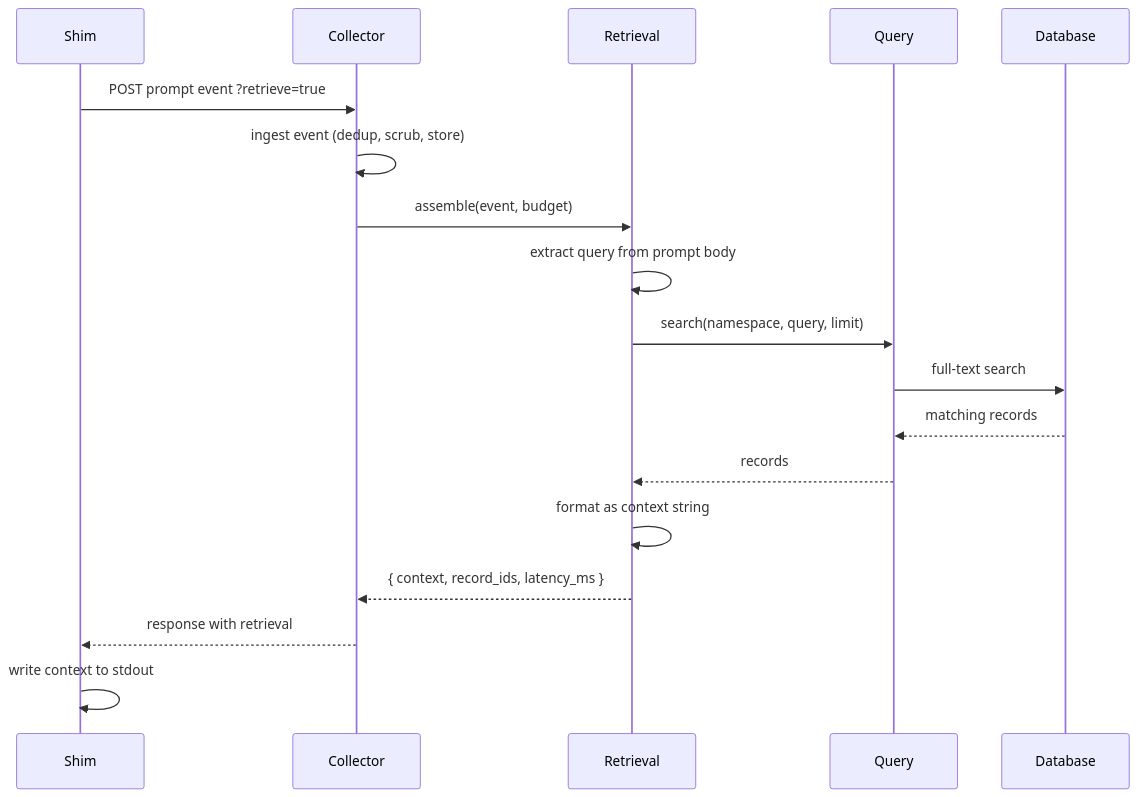
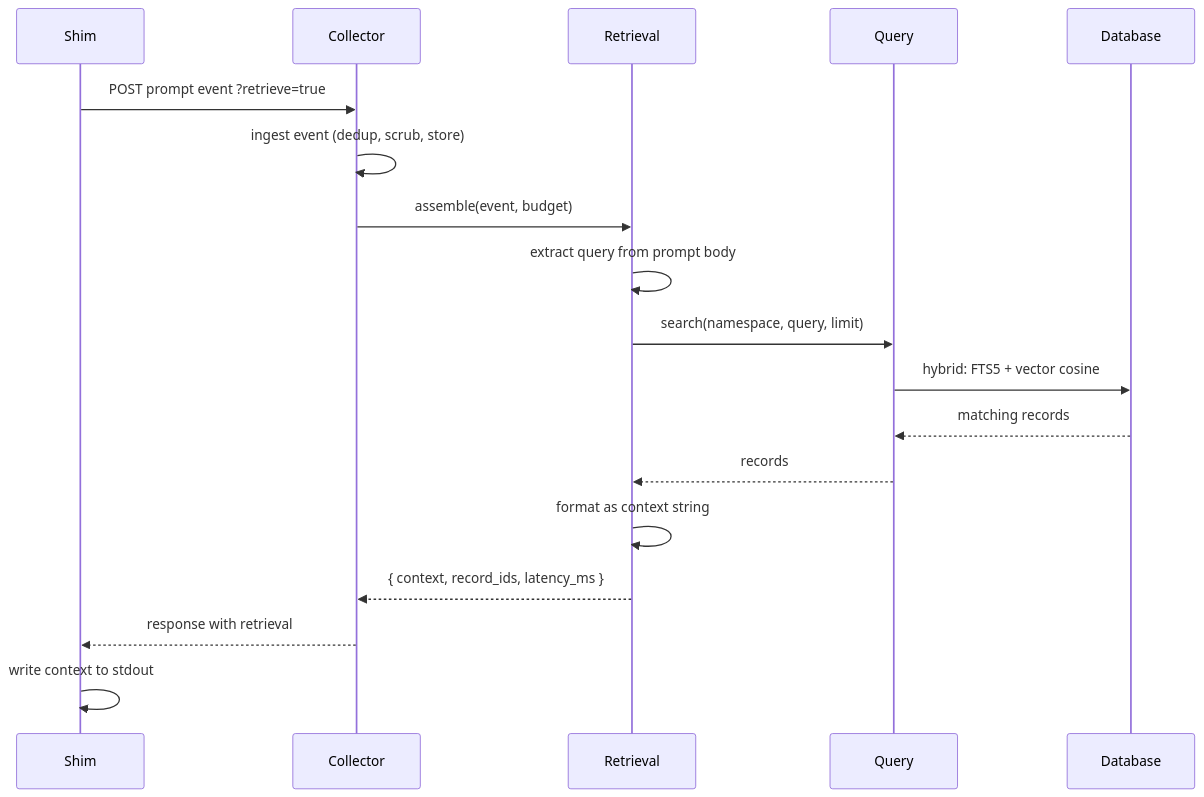
The first of 4 diagrams in docs/architecture/retrieval.mdx (brendangeck/kiro-learn), drawn with Mermaid before and after one commit. The commit also changed other lines of this file and 77 other files, not shown here.

Commit message:
feat: adding embeddings and hybrid search

````diff
--- a/docs/architecture/retrieval.mdx
+++ b/docs/architecture/retrieval.mdx
@@ -19,21 +19,21 @@
 ```mermaid
 sequenceDiagram
     participant Shim
     participant Collector
     participant Retrieval
     participant Query
     participant Database
 
     Shim->>Collector: POST prompt event ?retrieve=true
     Collector->>Collector: ingest event (dedup, scrub, store)
     Collector->>Retrieval: assemble(event, budget)
     Retrieval->>Retrieval: extract query from prompt body
     Retrieval->>Query: search(namespace, query, limit)
-    Query->>Database: full-text search
+    Query->>Database: hybrid: FTS5 + vector cosine
     Database-->>Query: matching records
     Query-->>Retrieval: records
     Retrieval->>Retrieval: format as context string
     Retrieval-->>Collector: { context, record_ids, latency_ms }
     Collector-->>Shim: response with retrieval
     Shim->>Shim: write context to stdout
 ```
````
